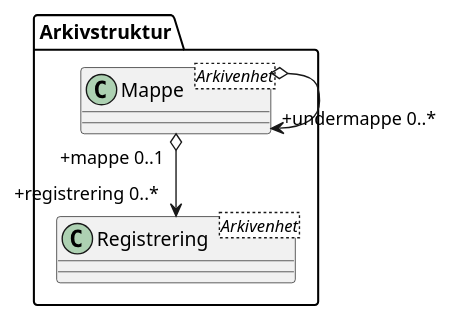
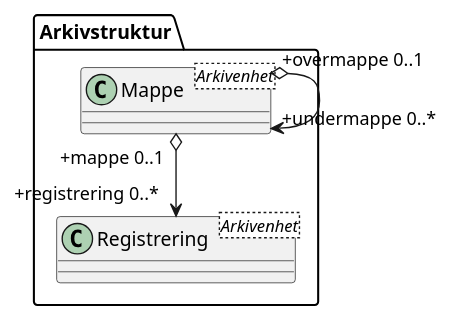
Before and after one commit to arkivverket/noark5-tjenestegrensesnitt-standard: the diagram in kapitler/media/uml-assosiasjoner-brukt-med-klasser.puml, drawn with PlantUML. The commit also changed 18 other files, not shown here.

```diff
--- a/kapitler/media/uml-assosiasjoner-brukt-med-klasser.puml
+++ b/kapitler/media/uml-assosiasjoner-brukt-med-klasser.puml
@@ -1,8 +1,8 @@
 @startuml
 skinparam classAttributeIconSize 0
 'FIXME dropped caption "class Fig03_Assosiasjon"
 class Arkivstruktur.Mappe <Arkivenhet>
 class Arkivstruktur.Registrering <Arkivenhet>
-Arkivstruktur.Mappe o--> "+undermappe 0..*" Arkivstruktur.Mappe 
+Arkivstruktur.Mappe "+overmappe 0..1" o--> "+undermappe 0..*" Arkivstruktur.Mappe
 Arkivstruktur.Mappe "+mappe 0..1" o--> "+registrering 0..*" Arkivstruktur.Registrering
 @enduml
```
